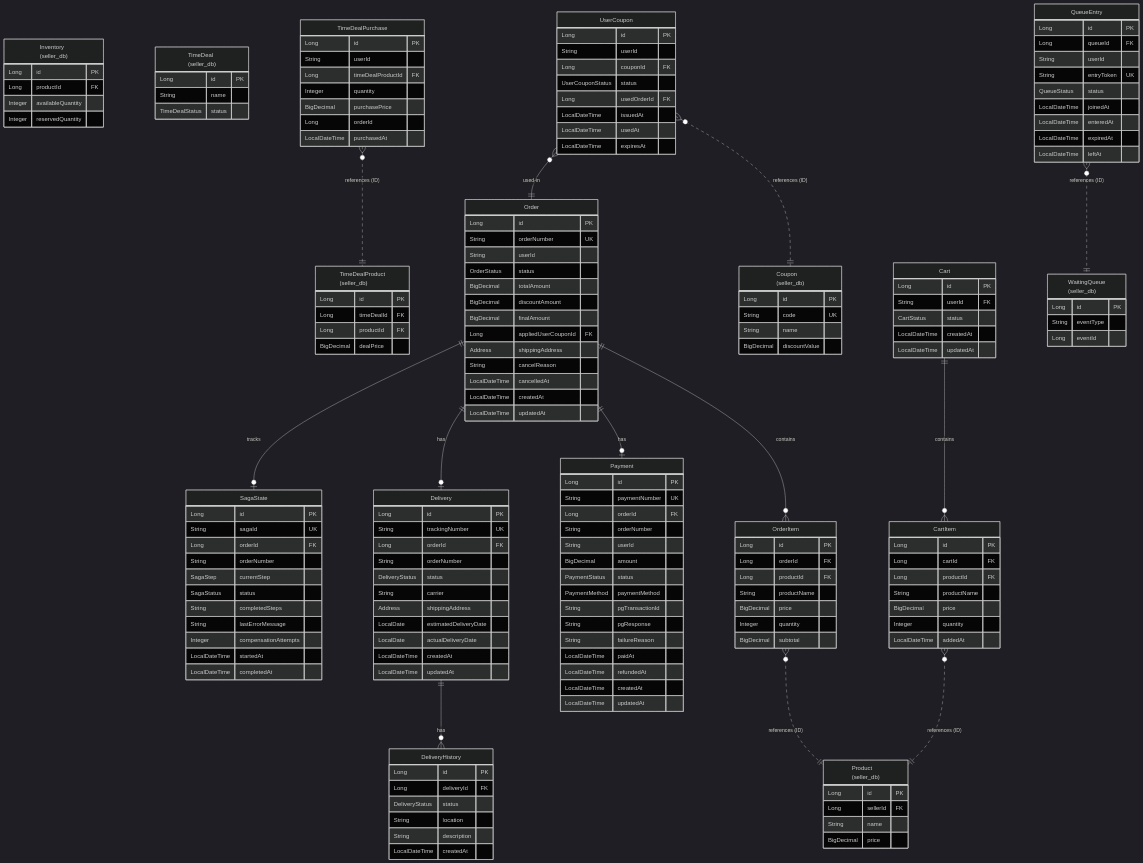
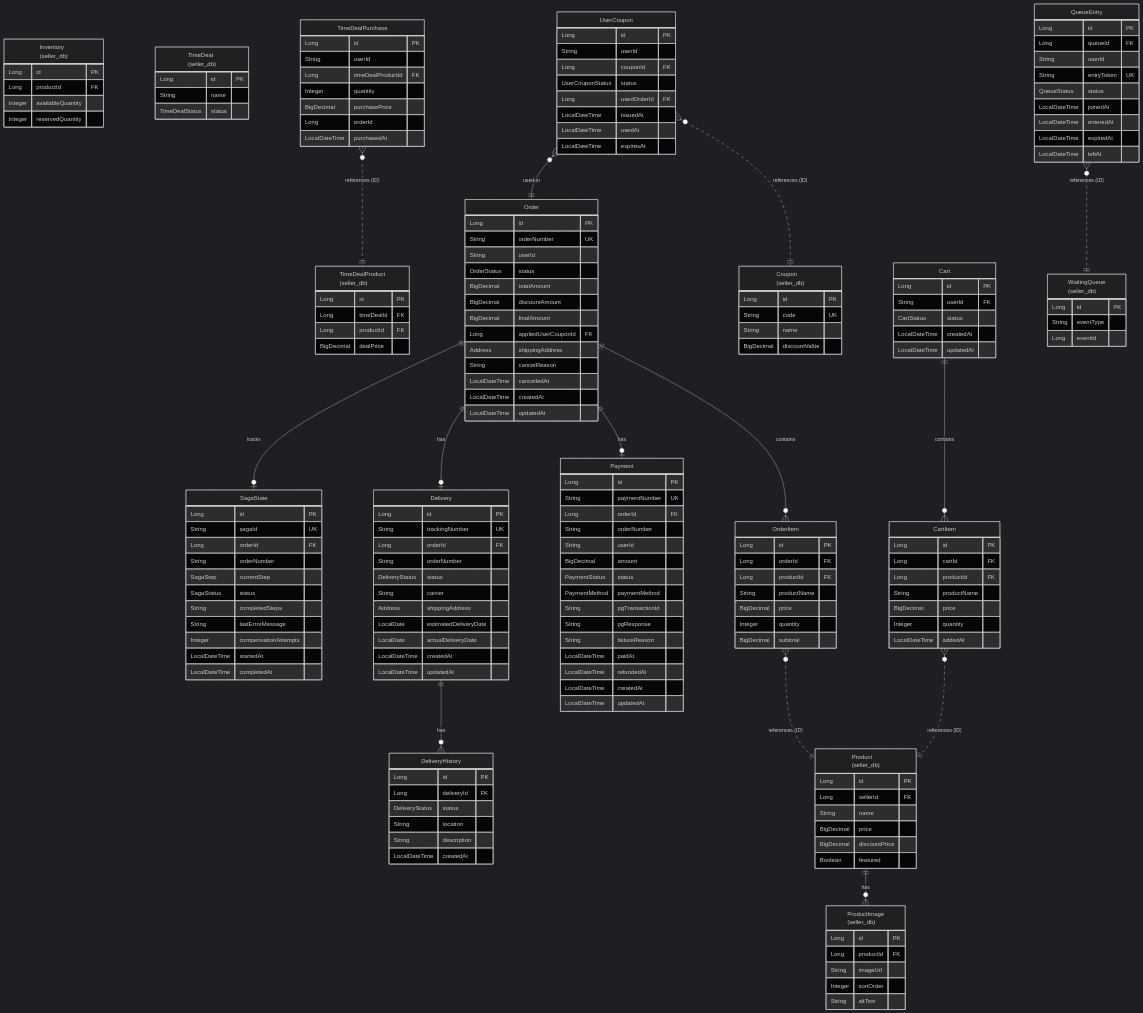
Before and after one commit to L-a-z-e/portal-universe: the diagram in docs/architecture/database/shopping-service-schema.md, drawn with Mermaid (dark theme). The commit also changed other lines of this file and 12 other files, not shown here.

First line of the commit message:
feat(shopping-service): extend Product with discountPrice, images, and rating

```diff
--- a/docs/architecture/database/shopping-service-schema.md
+++ b/docs/architecture/database/shopping-service-schema.md
@@ -19,6 +19,16 @@
         Long sellerId FK
         String name
         BigDecimal price
+        BigDecimal discountPrice
+        Boolean featured
+    }
+
+    ProductImage["ProductImage<br/>(seller_db)"] {
+        Long id PK
+        Long productId FK
+        String imageUrl
+        Integer sortOrder
+        String altText
     }
 
     Inventory["Inventory<br/>(seller_db)"] {
@@ -195,6 +205,9 @@
     Order ||--o| SagaState : tracks
     Delivery ||--o{ DeliveryHistory : has
 
+    %% shopping_seller_db 내부 관계
+    Product ||--o{ ProductImage : has
+
     %% shopping_db -> shopping_seller_db 참조 (ID만)
     CartItem }o..|| Product : "references (ID)"
     OrderItem }o..|| Product : "references (ID)"
```
